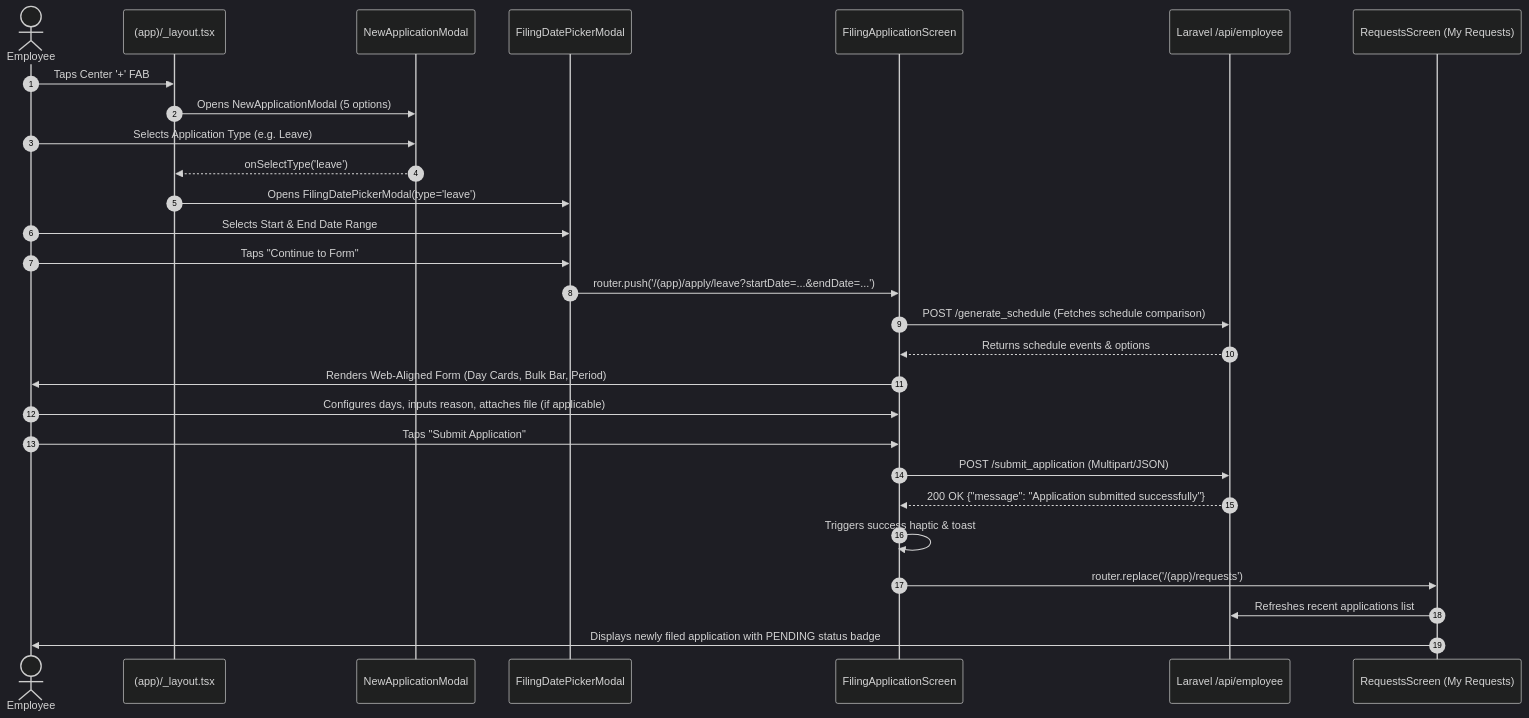
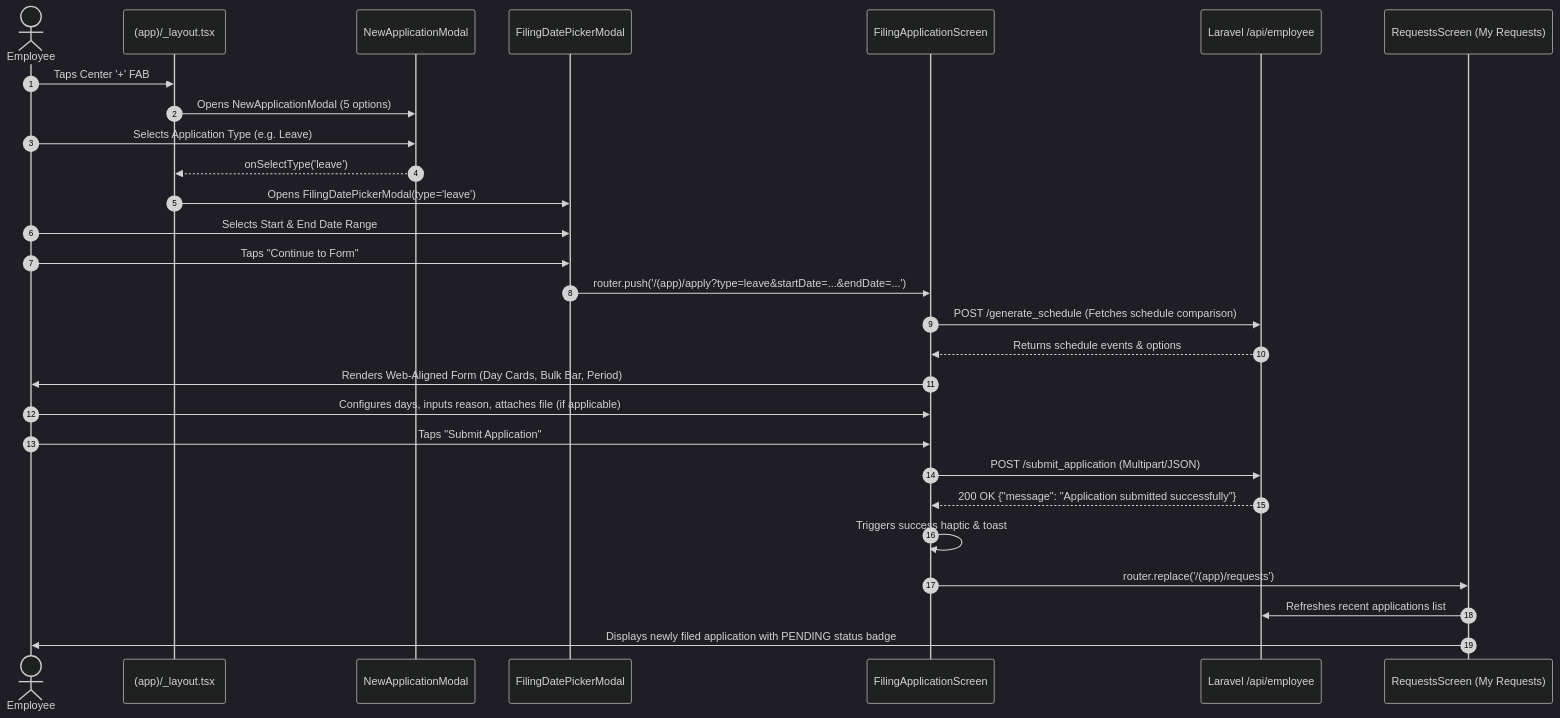
Before and after one commit to ZentreLinkCore/agent-skills: the diagram in specs/subhrms/employee/mobile_filing_application.md, drawn with Mermaid (dark theme). The commit also changed other lines of this file and 2 other files, not shown here.

````diff
--- a/specs/subhrms/employee/mobile_filing_application.md
+++ b/specs/subhrms/employee/mobile_filing_application.md
@@ -300,31 +299,31 @@
 ```mermaid
 sequenceDiagram
     autonumber
     actor Employee
     participant Layout as (app)/_layout.tsx
     participant TypeModal as NewApplicationModal
     participant DateModal as FilingDatePickerModal
     participant FormScreen as FilingApplicationScreen
     participant Backend as Laravel /api/employee
     participant StatusScreen as RequestsScreen (My Requests)
 
     Employee->>Layout: Taps Center '+' FAB
     Layout->>TypeModal: Opens NewApplicationModal (5 options)
     Employee->>TypeModal: Selects Application Type (e.g. Leave)
     TypeModal-->>Layout: onSelectType('leave')
     Layout->>DateModal: Opens FilingDatePickerModal(type='leave')
     Employee->>DateModal: Selects Start & End Date Range
     Employee->>DateModal: Taps "Continue to Form"
-    DateModal->>FormScreen: router.push('/(app)/apply/leave?startDate=...&endDate=...')
+    DateModal->>FormScreen: router.push('/(app)/apply?type=leave&startDate=...&endDate=...')
     FormScreen->>Backend: POST /generate_schedule (Fetches schedule comparison)
     Backend-->>FormScreen: Returns schedule events & options
     FormScreen->>Employee: Renders Web-Aligned Form (Day Cards, Bulk Bar, Period)
     Employee->>FormScreen: Configures days, inputs reason, attaches file (if applicable)
     Employee->>FormScreen: Taps "Submit Application"
     FormScreen->>Backend: POST /submit_application (Multipart/JSON)
     Backend-->>FormScreen: 200 OK {"message": "Application submitted successfully"}
     FormScreen->>FormScreen: Triggers success haptic & toast
     FormScreen->>StatusScreen: router.replace('/(app)/requests')
     StatusScreen->>Backend: Refreshes recent applications list
     StatusScreen->>Employee: Displays newly filed application with PENDING status badge
 ```
````
